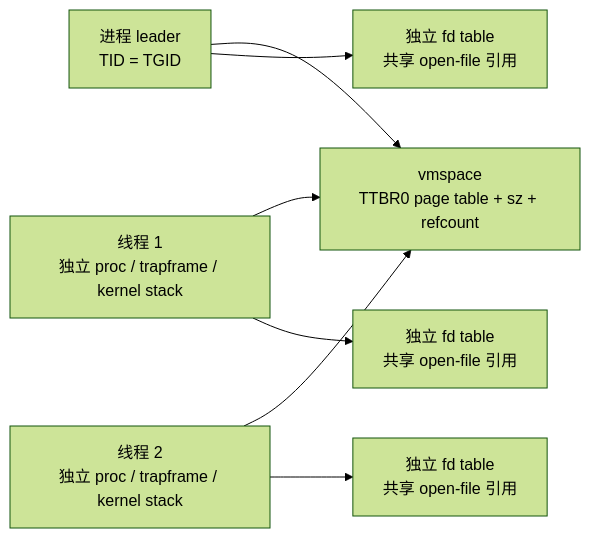
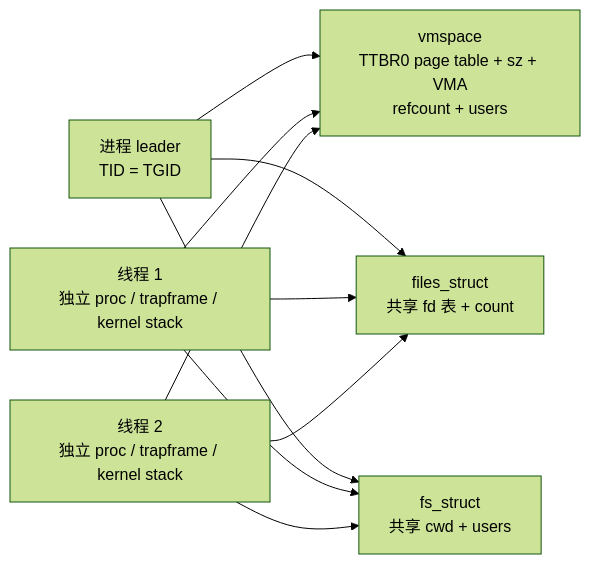
The first of 2 diagrams in doc/readme/readme_thread.md (jimingkang/xv6-aarch64), drawn with Mermaid (forest theme) before and after one commit. The commit also changed other lines of this file and 134 other files, not shown here.

````diff
--- a/doc/readme/readme_thread.md
+++ b/doc/readme/readme_thread.md
@@ -9,9 +9,12 @@
 ```mermaid
 flowchart LR
-    P[进程 leader\nTID = TGID] --> V[vmspace\nTTBR0 page table + sz + refcount]
+    P[进程 leader\nTID = TGID] --> V[vmspace\nTTBR0 page table + sz + VMA\nrefcount + users]
     T1[线程 1\n独立 proc / trapframe / kernel stack] --> V
     T2[线程 2\n独立 proc / trapframe / kernel stack] --> V
-    P --> F1[独立 fd table\n共享 open-file 引用]
-    T1 --> F2[独立 fd table\n共享 open-file 引用]
-    T2 --> F3[独立 fd table\n共享 open-file 引用]
+    P --> F[files_struct\n共享 fd 表 + count]
+    T1 --> F
+    T2 --> F
+    P --> S[fs_struct\n共享 cwd + users]
+    T1 --> S
+    T2 --> S
 ```
````
